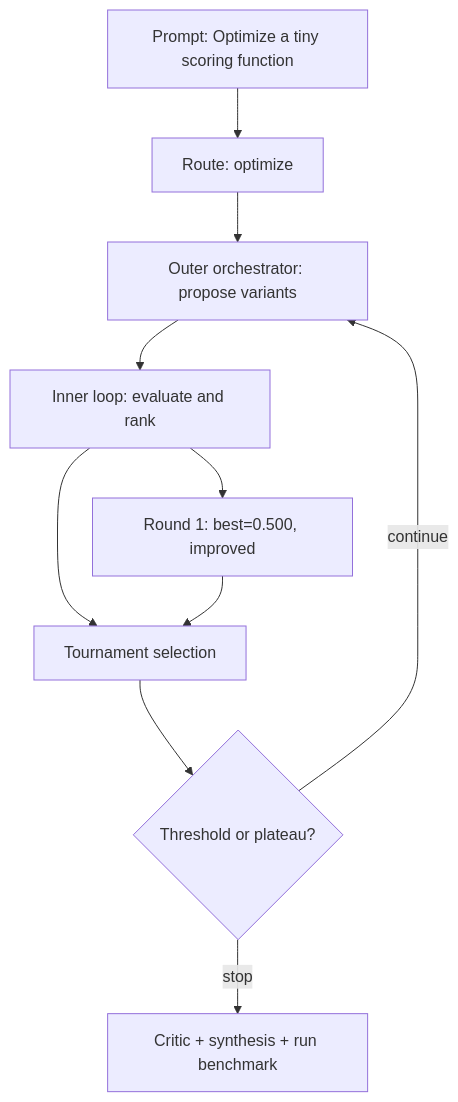
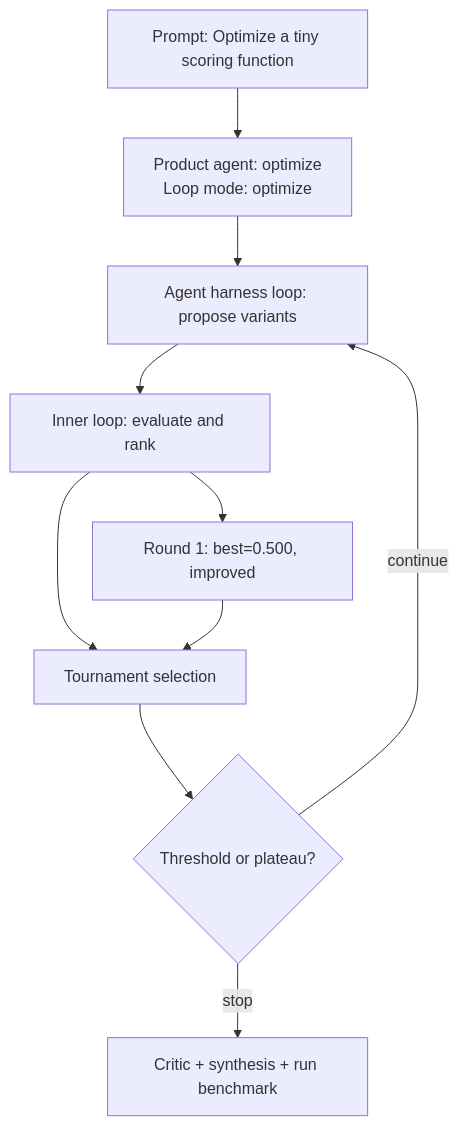
One commit to michaelzoub/research-harness changed the diagram in eval_outputs/runs/optimize_direct_trial_001/outputs/run_optimize-tiny-scoring-function/run_benchmark.md. Above: the diagram before and after it, drawn with Mermaid. The commit also changed other lines of this file and 543 other files, not shown here.

Commit message:
feat(harness): Add PRD-driven agent loops, challenge objectives, and richer evals

````diff
--- a/eval_outputs/runs/optimize_direct_trial_001/outputs/run_optimize-tiny-scoring-function/run_benchmark.md
+++ b/eval_outputs/runs/optimize_direct_trial_001/outputs/run_optimize-tiny-scoring-function/run_benchmark.md
@@ -12,15 +13,15 @@
 ```mermaid
 flowchart TD
   prompt["Prompt: Optimize a tiny scoring function"]
-  route["Route: optimize"]
-  outer["Outer orchestrator: propose variants"]
+  route["Product agent: optimize\nLoop mode: optimize"]
+  outer["Agent harness loop: propose variants"]
   inner["Inner loop: evaluate and rank"]
   select["Tournament selection"]
   stop{"Threshold or plateau?"}
   synth["Critic + synthesis + run benchmark"]
   prompt --> route --> outer --> inner --> select --> stop
   stop -- continue --> outer
   stop -- stop --> synth
   round1["Round 1: best=0.500, improved"]
   inner --> round1 --> select
 ```
````
